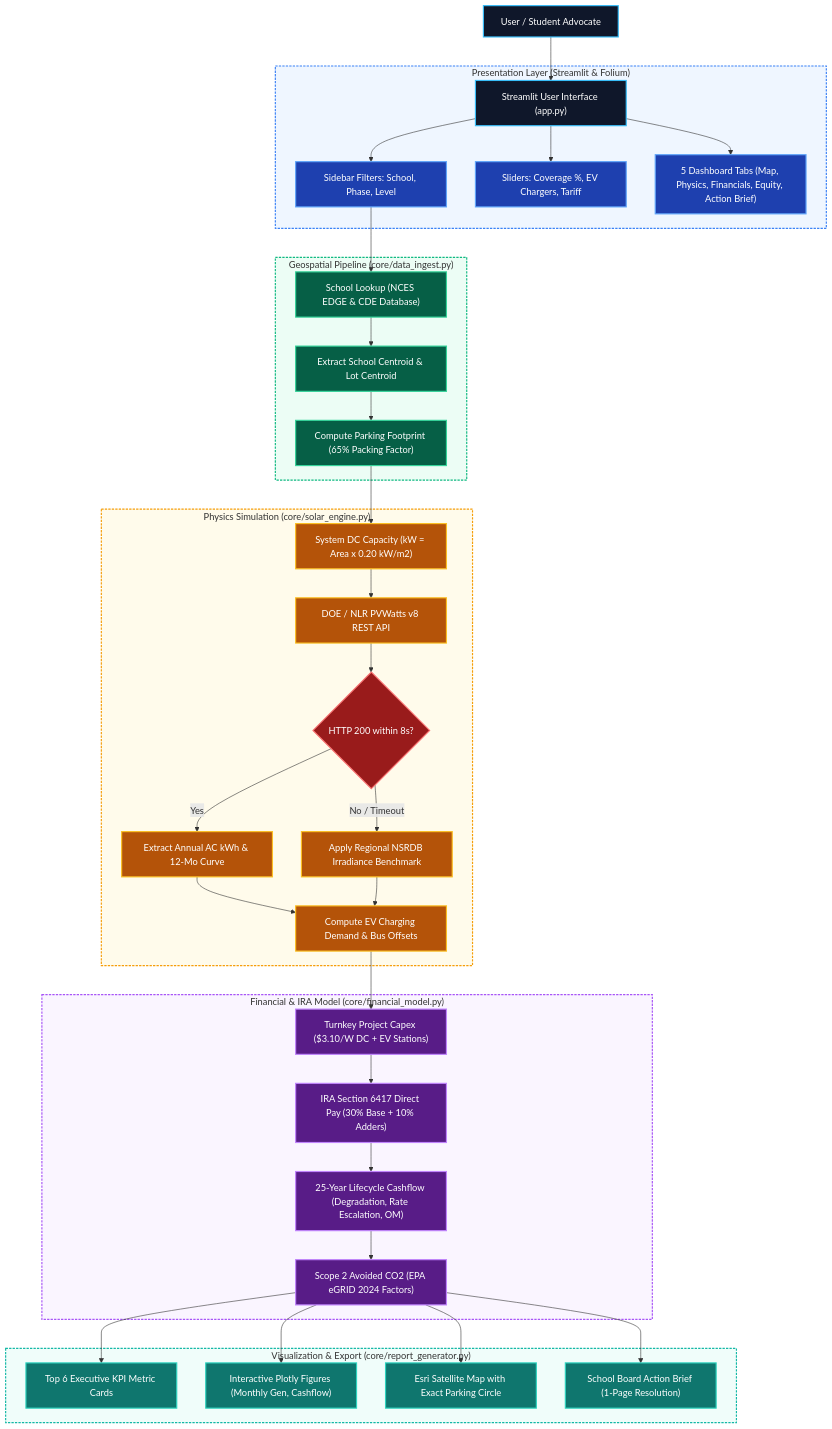
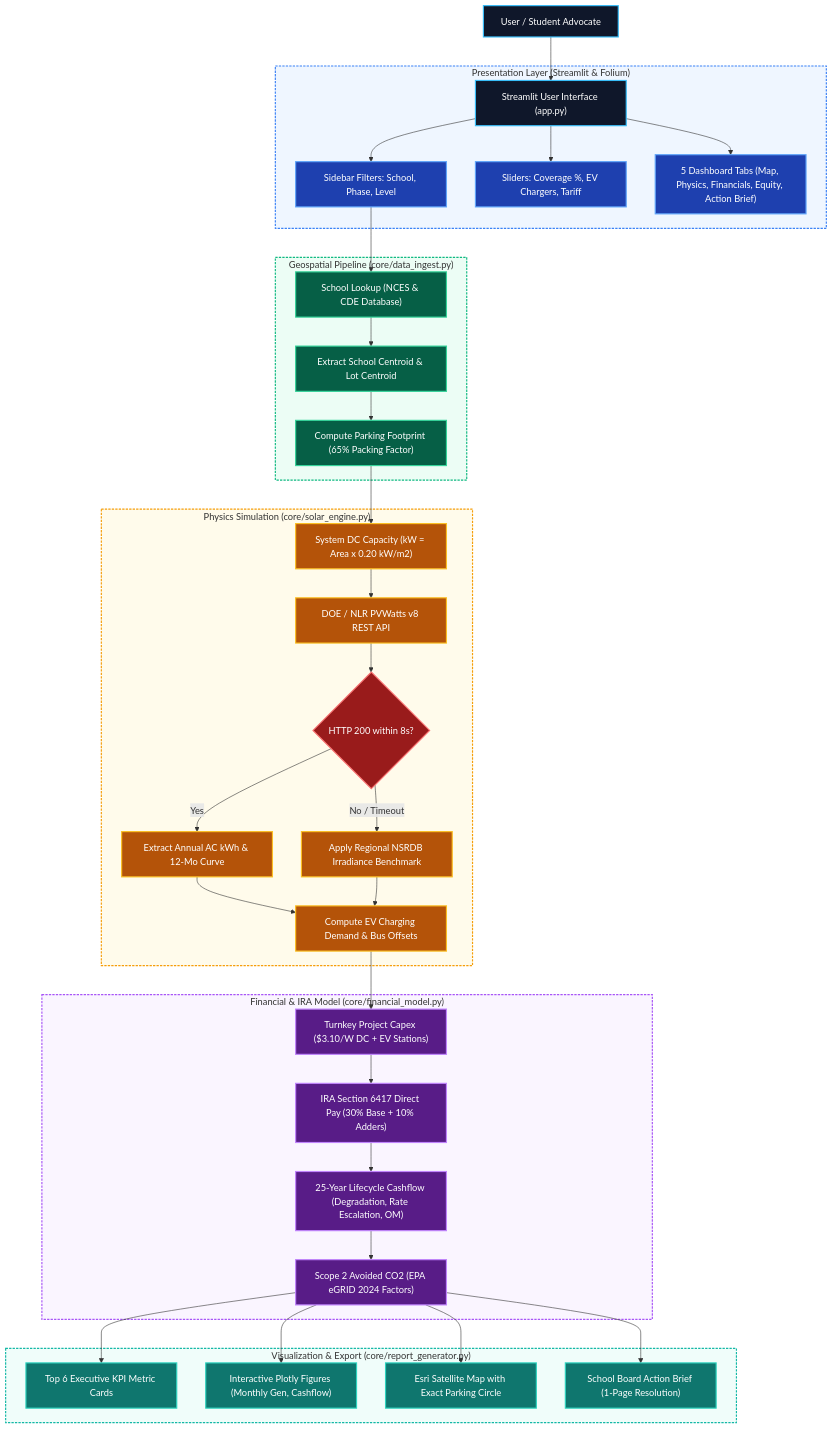
The first of 3 diagrams in DetailedDesignDocument.md (pranav-balaji/svyca2026), drawn with Mermaid before and after one commit. The commit also changed 5 other files, not shown here.

Commit message:
Simplify NCES EDGE terminology to NCES across all documents and code

````diff
--- a/DetailedDesignDocument.md
+++ b/DetailedDesignDocument.md
@@ -37,54 +37,54 @@
 ```mermaid
 flowchart TD
     classDef userNode fill:#0f172a,stroke:#38bdf8,stroke-width:2px,color:#ffffff;
     classDef presNode fill:#1e40af,stroke:#60a5fa,stroke-width:2px,color:#ffffff;
     classDef geoNode fill:#065f46,stroke:#34d399,stroke-width:2px,color:#ffffff;
     classDef physNode fill:#b45309,stroke:#fbbf24,stroke-width:2px,color:#ffffff;
     classDef finNode fill:#581c87,stroke:#c084fc,stroke-width:2px,color:#ffffff;
     classDef outNode fill:#0f766e,stroke:#2dd4bf,stroke-width:2px,color:#ffffff;
     classDef decision fill:#991b1b,stroke:#f87171,stroke-width:2px,color:#ffffff;
 
     User["User / Student Advocate"]:::userNode --> UI["Streamlit User Interface (app.py)"]:::userNode
     
     subgraph Presentation ["Presentation Layer (Streamlit & Folium)"]
         UI --> FilterSelector["Sidebar Filters: School, Phase, Level"]:::presNode
         UI --> ParameterSliders["Sliders: Coverage %, EV Chargers, Tariff"]:::presNode
         UI --> Tabs["5 Dashboard Tabs (Map, Physics, Financials, Equity, Action Brief)"]:::presNode
     end
 
     subgraph Geospatial ["Geospatial Pipeline (core/data_ingest.py)"]
-        FilterSelector --> DirectoryLookup["School Lookup (NCES EDGE & CDE Database)"]:::geoNode
+        FilterSelector --> DirectoryLookup["School Lookup (NCES & CDE Database)"]:::geoNode
         DirectoryLookup --> GPSCoord["Extract School Centroid & Lot Centroid"]:::geoNode
         GPSCoord --> FootprintCalc["Compute Parking Footprint (65% Packing Factor)"]:::geoNode
     end
 
     subgraph PhysicsEngine ["Physics Simulation (core/solar_engine.py)"]
         FootprintCalc --> CapacityCalc["System DC Capacity (kW = Area x 0.20 kW/m2)"]:::physNode
         CapacityCalc --> NLRAPI["DOE / NLR PVWatts v8 REST API"]:::physNode
         NLRAPI --> ResponseCheck{"HTTP 200 within 8s?"}:::decision
         ResponseCheck -- "Yes" --> ParseJSON["Extract Annual AC kWh & 12-Mo Curve"]:::physNode
         ResponseCheck -- "No / Timeout" --> NSRDBFallback["Apply Regional NSRDB Irradiance Benchmark"]:::physNode
         ParseJSON --> EVSynergy["Compute EV Charging Demand & Bus Offsets"]:::physNode
         NSRDBFallback --> EVSynergy
     end
 
     subgraph FinancialEngine ["Financial & IRA Model (core/financial_model.py)"]
         EVSynergy --> TurnkeyCapex["Turnkey Project Capex ($3.10/W DC + EV Stations)"]:::finNode
         TurnkeyCapex --> IRADirectPay["IRA Section 6417 Direct Pay (30% Base + 10% Adders)"]:::finNode
         IRADirectPay --> Cashflow25Yr["25-Year Lifecycle Cashflow (Degradation, Rate Escalation, OM)"]:::finNode
         Cashflow25Yr --> CarbonAvoidance["Scope 2 Avoided CO2 (EPA eGRID 2024 Factors)"]:::finNode
     end
 
     subgraph OutputLayer ["Visualization & Export (core/report_generator.py)"]
         CarbonAvoidance --> KPICards["Top 6 Executive KPI Metric Cards"]:::outNode
         CarbonAvoidance --> PlotlyCharts["Interactive Plotly Figures (Monthly Gen, Cashflow)"]:::outNode
         CarbonAvoidance --> LeafletMap["Esri Satellite Map with Exact Parking Circle"]:::outNode
         CarbonAvoidance --> ActionBrief["School Board Action Brief (1-Page Resolution)"]:::outNode
     end
 
     style Presentation fill:#eff6ff,stroke:#3b82f6,stroke-width:2px,stroke-dasharray: 4 2
     style Geospatial fill:#ecfdf5,stroke:#10b981,stroke-width:2px,stroke-dasharray: 4 2
     style PhysicsEngine fill:#fffbeb,stroke:#f59e0b,stroke-width:2px,stroke-dasharray: 4 2
     style FinancialEngine fill:#faf5ff,stroke:#a855f7,stroke-width:2px,stroke-dasharray: 4 2
     style OutputLayer fill:#f0fdfa,stroke:#14b8a6,stroke-width:2px,stroke-dasharray: 4 2
 ```
````
